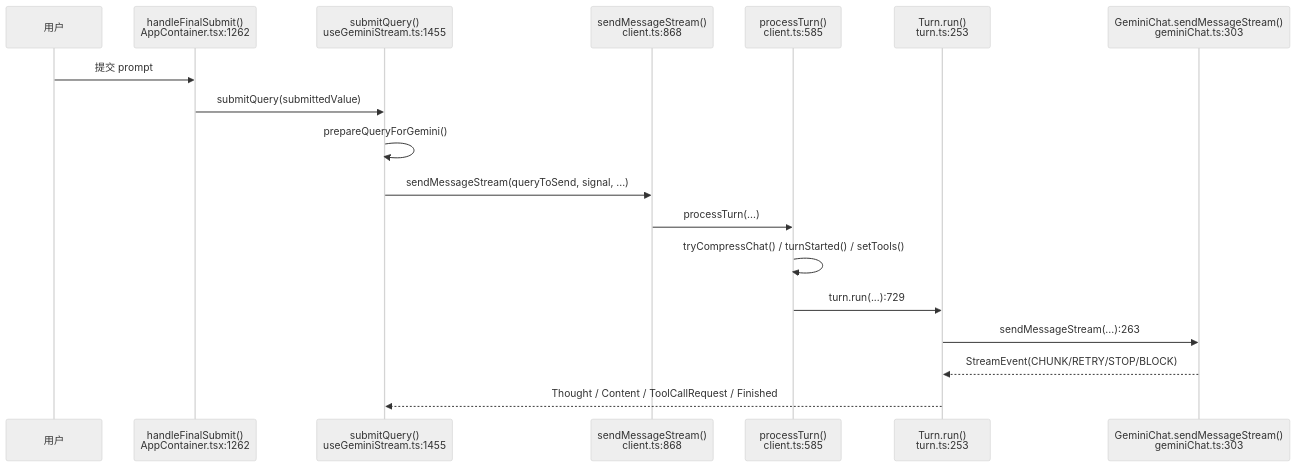
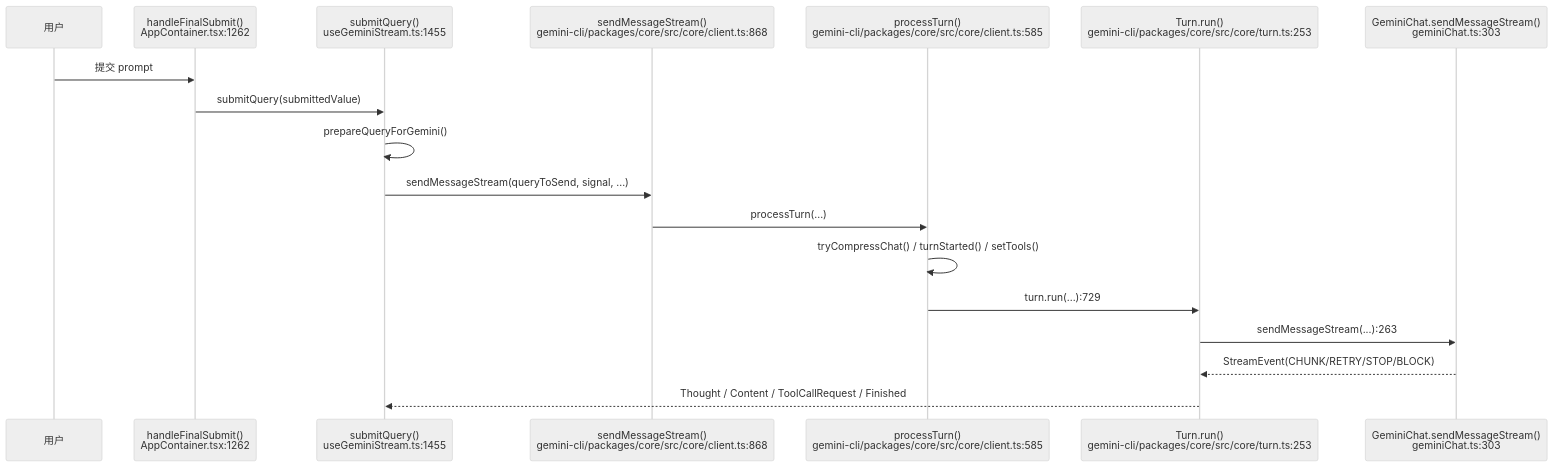
The second of 6 diagrams in hello-gemini-cli/03-agent-loop.md (feuyeux/hello-olleh), drawn with Mermaid before and after one commit. The commit also changed other lines of this file and 36 other files, not shown here.

````diff
--- a/hello-gemini-cli/03-agent-loop.md
+++ b/hello-gemini-cli/03-agent-loop.md
@@ -94,22 +94,22 @@
 ```mermaid
 %%{init: {'theme': 'neutral'}}%%
 sequenceDiagram
     participant User as 用户
     participant App as handleFinalSubmit()<br/>AppContainer.tsx:1262
     participant Hook as submitQuery()<br/>useGeminiStream.ts:1455
-    participant Client as sendMessageStream()<br/>client.ts:868
-    participant TurnCtl as processTurn()<br/>client.ts:585
-    participant Turn as Turn.run()<br/>turn.ts:253
+    participant Client as sendMessageStream()<br/>gemini-cli/packages/core/src/core/client.ts:868
+    participant TurnCtl as processTurn()<br/>gemini-cli/packages/core/src/core/client.ts:585
+    participant Turn as Turn.run()<br/>gemini-cli/packages/core/src/core/turn.ts:253
     participant Chat as GeminiChat.sendMessageStream()<br/>geminiChat.ts:303
 
     User->>App: 提交 prompt
     App->>Hook: submitQuery(submittedValue)
     Hook->>Hook: prepareQueryForGemini()
     Hook->>Client: sendMessageStream(queryToSend, signal, ...)
     Client->>TurnCtl: processTurn(...)
     TurnCtl->>TurnCtl: tryCompressChat() / turnStarted() / setTools()
     TurnCtl->>Turn: turn.run(...):729
     Turn->>Chat: sendMessageStream(...):263
     Chat-->>Turn: StreamEvent(CHUNK/RETRY/STOP/BLOCK)
     Turn-->>Hook: Thought / Content / ToolCallRequest / Finished
 ```
````
